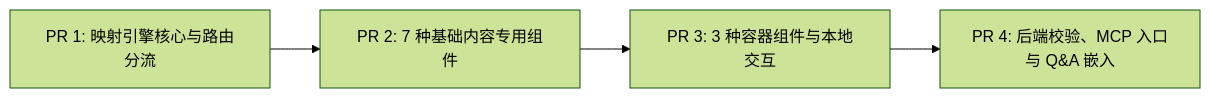
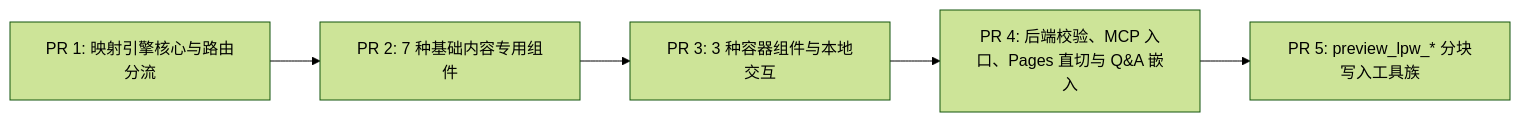
One commit to xiaolfeng/Lumina changed the fourth of 4 diagrams in docs/engineering/design/0003-preview-lpw-document-renderer.md. Above: the diagram before and after it, drawn with Mermaid (forest theme). The commit also changed other lines of this file, not shown here.

First line of the commit message:
docs(预览): LPW 新增 preview_lpw_* 分块写入工具族设计

````diff
--- a/docs/engineering/design/0003-preview-lpw-document-renderer.md
+++ b/docs/engineering/design/0003-preview-lpw-document-renderer.md
@@ -458,6 +583,7 @@
 ```mermaid
 flowchart LR
   PR1["PR 1: 映射引擎核心与路由分流"] --> PR2["PR 2: 7 种基础内容专用组件"]
   PR2 --> PR3["PR 3: 3 种容器组件与本地交互"]
-  PR3 --> PR4["PR 4: 后端校验、MCP 入口与 Q&A 嵌入"]
+  PR3 --> PR4["PR 4: 后端校验、MCP 入口、Pages 直切与 Q&A 嵌入"]
+  PR4 --> PR5["PR 5: preview_lpw_* 分块写入工具族"]
 ```
````
